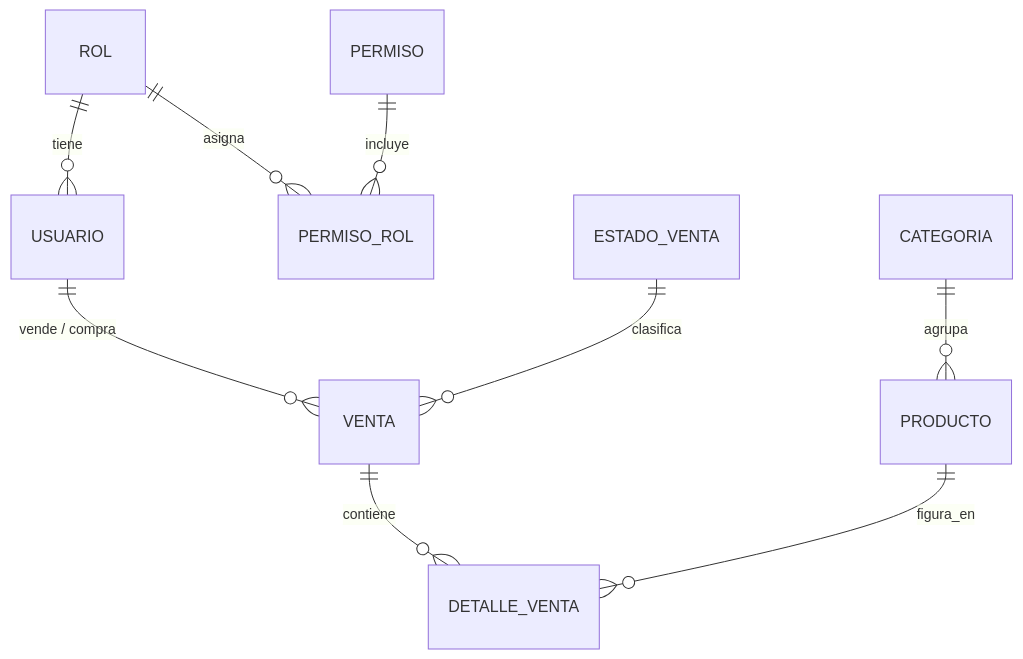
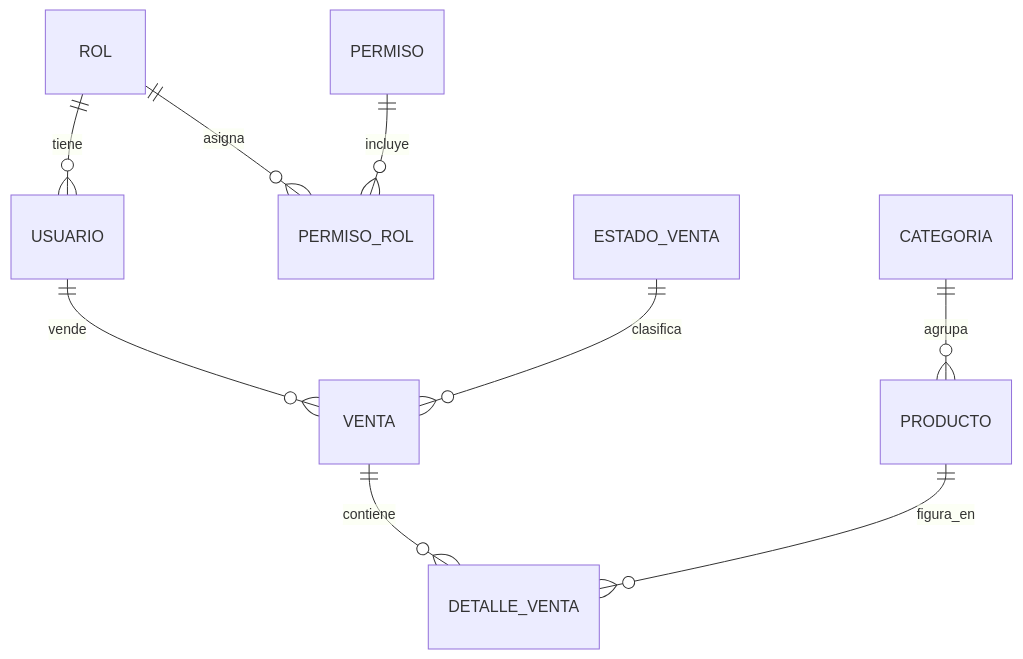
Before and after one commit to Alesissss/portafolio-backend: the diagram in README.md, drawn with Mermaid. The commit also changed other lines of this file and 25 other files, not shown here.

````diff
--- a/README.md
+++ b/README.md
@@ -68,11 +68,11 @@
 ```mermaid
 erDiagram
     ROL ||--o{ USUARIO : tiene
     ROL ||--o{ PERMISO_ROL : asigna
     PERMISO ||--o{ PERMISO_ROL : incluye
     CATEGORIA ||--o{ PRODUCTO : agrupa
-    USUARIO ||--o{ VENTA : "vende / compra"
+    USUARIO ||--o{ VENTA : vende
     ESTADO_VENTA ||--o{ VENTA : clasifica
     VENTA ||--o{ DETALLE_VENTA : contiene
     PRODUCTO ||--o{ DETALLE_VENTA : figura_en
 ```
````
